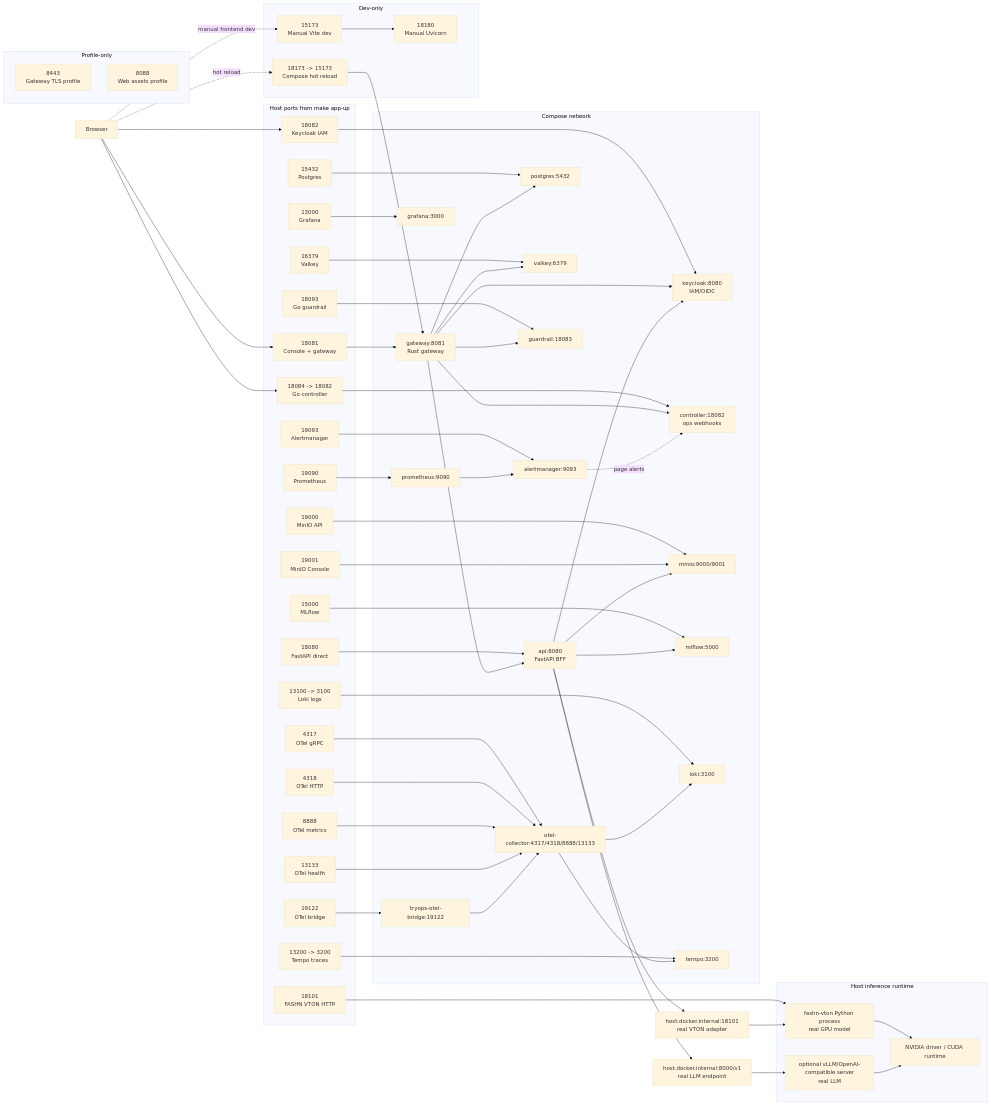
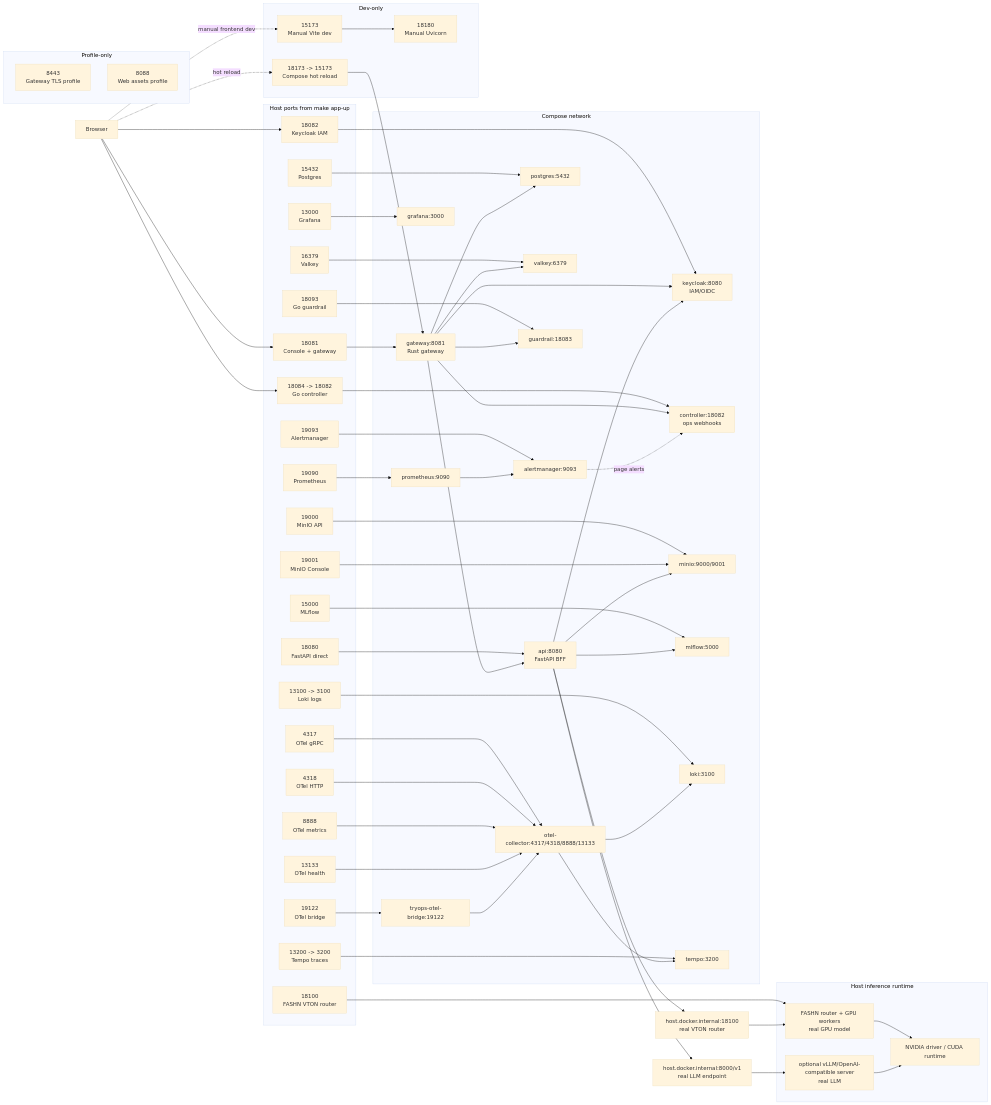
Before and after one commit to trungdangtapcode/TryOps-TryON-MLOps: the diagram in PORT.md, drawn with Mermaid (base theme). The commit also changed other lines of this file and 69 other files, not shown here.

```diff
--- a/PORT.md
+++ b/PORT.md
@@ -13,7 +106,7 @@
     h_api["18080<br/>FastAPI direct"]
     h_keycloak["18082<br/>Keycloak IAM"]
     h_controller["18084 -> 18082<br/>Go controller"]
-    h_fashn["18101<br/>FASHN VTON HTTP"]
+    h_fashn["18100<br/>FASHN VTON router"]
     h_pg["15432<br/>Postgres"]
     h_valkey["16379<br/>Valkey"]
     h_minio_api["19000<br/>MinIO API"]
@@ -33,7 +126,7 @@
   end
 
   subgraph host_runtime["Host inference runtime"]
-    fashn_host["fashn-vton Python process<br/>real GPU model"]
+    fashn_host["FASHN router + GPU workers<br/>real GPU model"]
     vllm_host["optional vLLM/OpenAI-compatible server<br/>real LLM"]
     gpu_driver["NVIDIA driver / CUDA runtime"]
   end
@@ -102,7 +195,7 @@
   gateway --> postgres
   gateway --> valkey
   api --> keycloak
-  api --> fashn_bridge["host.docker.internal:18101<br/>real VTON adapter"] --> fashn_host
+  api --> fashn_bridge["host.docker.internal:18100<br/>real VTON router"] --> fashn_host
   api --> vllm_bridge["host.docker.internal:8000/v1<br/>real LLM endpoint"] --> vllm_host
   fashn_host --> gpu_driver
   vllm_host --> gpu_driver
```
